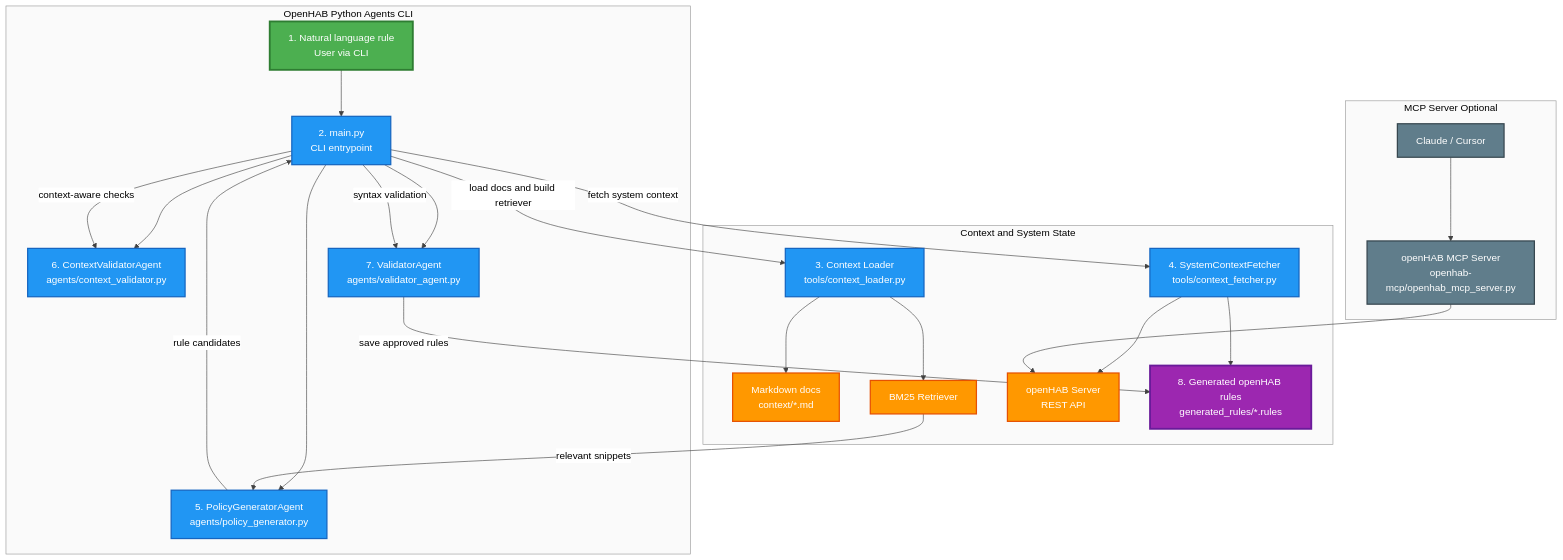
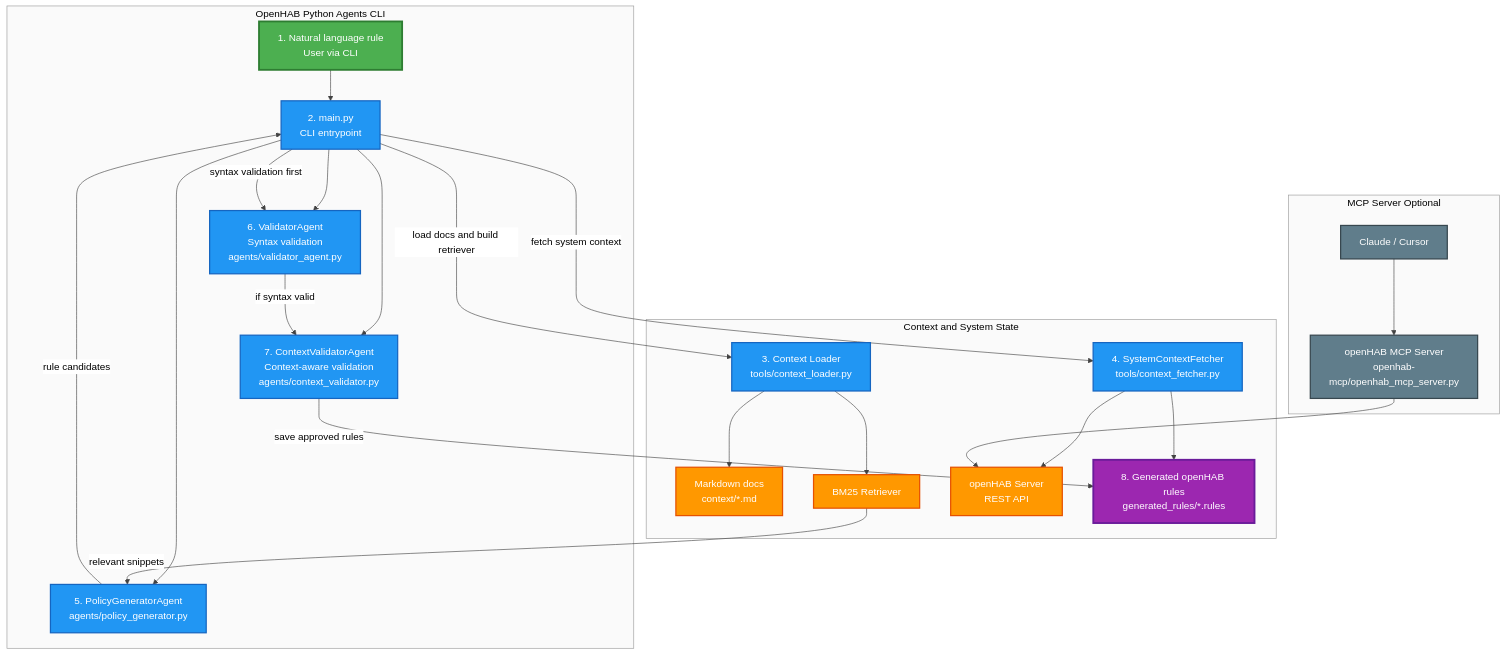
The diagram in ARCHITECTURE.md (cresset-lab/AgentHAB), drawn with Mermaid before and after one commit.

Commit message:
Update architecture diagram in ARCHITECTURE.md to improve clarity by renaming components and adjusting the flow of validation processes, emphasizing the order of syntax validation before context-aware checks.

````diff
--- a/ARCHITECTURE.md
+++ b/ARCHITECTURE.md
@@ -5,58 +5,58 @@
 ```mermaid
 %%{init: {'theme':'base', 'themeVariables': { 'primaryColor':'#e3f2fd','primaryTextColor':'#000','primaryBorderColor':'#1976d2','lineColor':'#424242','secondaryColor':'#fff3e0','secondaryTextColor':'#000','secondaryBorderColor':'#f57c00','tertiaryColor':'#f3e5f5','tertiaryTextColor':'#000','tertiaryBorderColor':'#7b1fa2','background':'#ffffff','mainBkg':'#ffffff','nodeBorder':'#333','clusterBkg':'#fafafa','clusterBorder':'#999','edgeLabelBackground':'#ffffff'}}}%%
 flowchart TD
   %% High-level architecture: OpenHAB Python agents + openHAB + optional MCP server
 
   subgraph A["OpenHAB Python Agents CLI"]
     U["1. Natural language rule<br/>User via CLI"] --> M["2. main.py<br/>CLI entrypoint"]
     M --> PG["5. PolicyGeneratorAgent<br/>agents/policy_generator.py"]
-    M --> CV["6. ContextValidatorAgent<br/>agents/context_validator.py"]
-    M --> SV["7. ValidatorAgent<br/>agents/validator_agent.py"]
+    M --> SV["6. ValidatorAgent<br/>Syntax validation<br/>agents/validator_agent.py"]
+    M --> CV["7. ContextValidatorAgent<br/>Context-aware validation<br/>agents/context_validator.py"]
   end
 
   subgraph B["Context and System State"]
     CL["3. Context Loader<br/>tools/context_loader.py"]
     DOCS["Markdown docs<br/>context/*.md"]
     R["BM25 Retriever"]
     CF["4. SystemContextFetcher<br/>tools/context_fetcher.py"]
     OH["openHAB Server<br/>REST API"]
     GR["8. Generated openHAB rules<br/>generated_rules/*.rules"]
   end
 
   subgraph C["MCP Server Optional"]
     IDE["Claude / Cursor"]
     MCP["openHAB MCP Server<br/>openhab-mcp/openhab_mcp_server.py"]
   end
 
   %% Data flow: request → context → generation → validation → rules
   M -->|"load docs and build retriever"| CL
   CL --> DOCS
   CL --> R
 
   M -->|"fetch system context"| CF
   CF --> OH
   CF --> GR
 
   R -->|"relevant snippets"| PG
   PG -->|"rule candidates"| M
-  M -->|"context-aware checks"| CV
-  M -->|"syntax validation"| SV
-  SV -->|"save approved rules"| GR
+  M -->|"syntax validation first"| SV
+  SV -->|"if syntax valid"| CV
+  CV -->|"save approved rules"| GR
 
   %% MCP integration path (separate from Python agents)
   IDE --> MCP
   MCP --> OH
 
   %% Styling
   classDef inputNode fill:#4caf50,stroke:#2e7d32,stroke-width:3px,color:#fff
   classDef processNode fill:#2196f3,stroke:#1565c0,stroke-width:2px,color:#fff
   classDef dataNode fill:#ff9800,stroke:#e65100,stroke-width:2px,color:#fff
   classDef outputNode fill:#9c27b0,stroke:#6a1b9a,stroke-width:3px,color:#fff
   classDef mcpNode fill:#607d8b,stroke:#37474f,stroke-width:2px,color:#fff
 
   class U inputNode
   class M,PG,CV,SV,CL,CF processNode
   class DOCS,R,OH dataNode
   class GR outputNode
   class IDE,MCP mcpNode
 ```
````
